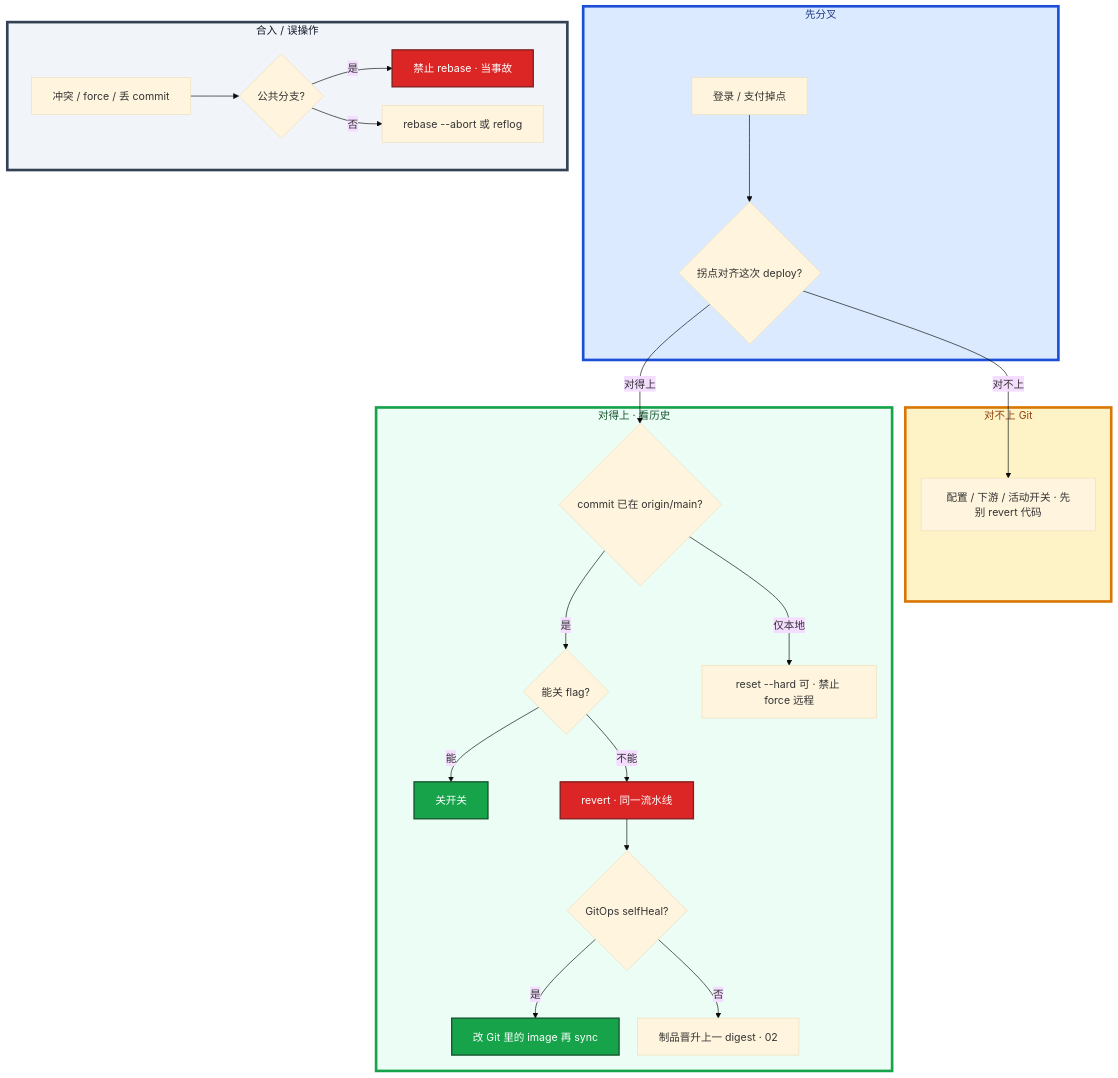
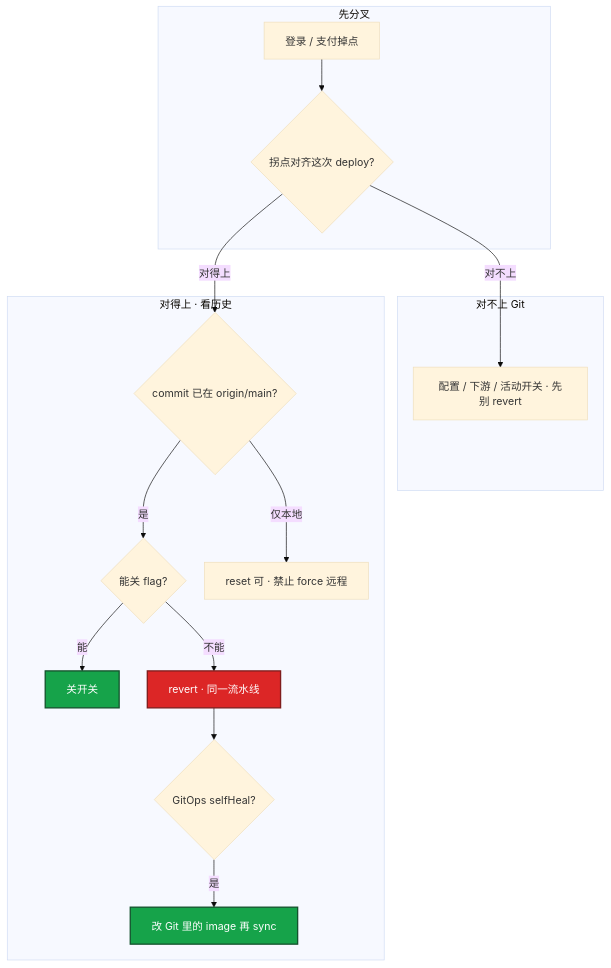
One commit to ml-cuizijun/LearnToLilith changed the seventh of 7 diagrams in 05-工程化与自动化/01-Git工作流/知识点.md. Above: the diagram before and after it, drawn with Mermaid. The commit also changed other lines of this file and 107 other files, not shown here.

````diff
--- a/05-工程化与自动化/01-Git工作流/知识点.md
+++ b/05-工程化与自动化/01-Git工作流/知识点.md
@@ -571,38 +570,26 @@
 ```mermaid
 %%{init: {"flowchart": {"padding": 16, "nodeSpacing": 28, "rankSpacing": 48}, "theme": "base"}}%%
 flowchart TB
     subgraph gate ["先分叉"]
         A[登录 / 支付掉点] --> B{拐点对齐这次 deploy?}
     end
 
     subgraph notgit ["对不上 Git"]
-        B -->|对不上| C[配置 / 下游 / 活动开关 · 先别 revert 代码]
+        B -->|对不上| C[配置 / 下游 / 活动开关 · 先别 revert]
     end
 
     subgraph hist ["对得上 · 看历史"]
         B -->|对得上| D{commit 已在 origin/main?}
         D -->|是| E{能关 flag?}
         E -->|能| F[关开关]
         E -->|不能| G[revert · 同一流水线]
-        D -->|仅本地| H[reset --hard 可 · 禁止 force 远程]
+        D -->|仅本地| H[reset 可 · 禁止 force 远程]
         G --> I{GitOps selfHeal?}
         I -->|是| J[改 Git 里的 image 再 sync]
-        I -->|否| K[制品晋升上一 digest · 02]
-    end
-
-    subgraph other ["合入 / 误操作"]
-        L[冲突 / force / 丢 commit] --> M{公共分支?}
-        M -->|是| N[禁止 rebase · 当事故]
-        M -->|否| O[rebase --abort 或 reflog]
     end
 
     classDef bad fill:#DC2626,stroke:#7F1D1D,stroke-width:2px,color:#fff
     classDef ok fill:#16A34A,stroke:#14532D,stroke-width:2px,color:#fff
-    class G,N bad
+    class G bad
     class F,J ok
-
-    style gate fill:#DBEAFE,stroke:#1D4ED8,stroke-width:4px,color:#1E3A8A
-    style hist fill:#ECFDF5,stroke:#16A34A,stroke-width:4px,color:#14532D
-    style notgit fill:#FEF3C7,stroke:#D97706,stroke-width:4px,color:#92400E
-    style other fill:#F1F5F9,stroke:#334155,stroke-width:4px,color:#0F172A
 ```
````
